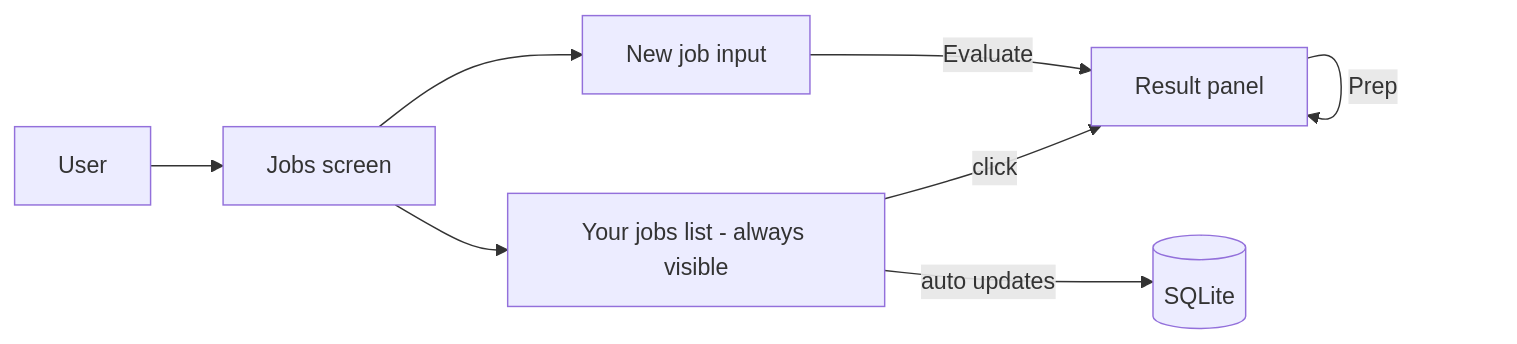
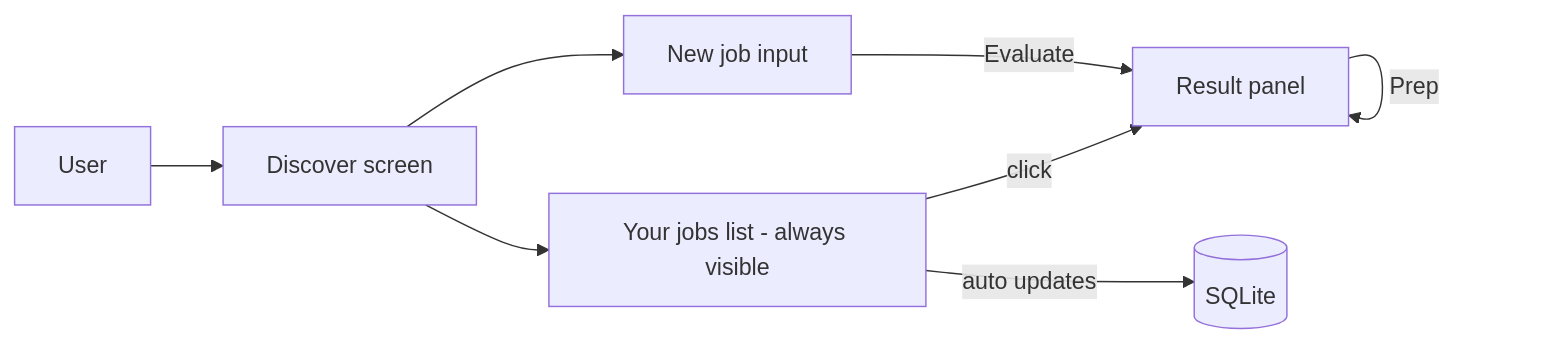
One commit to p10ns11y/collab-finder changed the third of 18 diagrams in reports/intuitive-shell-plan.md. Above: the diagram before and after it, drawn with Mermaid. The commit also changed other lines of this file and 31 other files, not shown here.

````diff
--- a/reports/intuitive-shell-plan.md
+++ b/reports/intuitive-shell-plan.md
@@ -45,10 +45,10 @@
 ```mermaid
 flowchart LR
-  U[User] --> J[Jobs screen]
+  U[User] --> J[Discover screen]
   J --> L[Your jobs list - always visible]
   L -->|click| P[Result panel]
   J --> N[New job input]
   N -->|Evaluate| P
   P -->|Prep| P
   L -->|auto updates| DB[(SQLite)]
 ```
````
